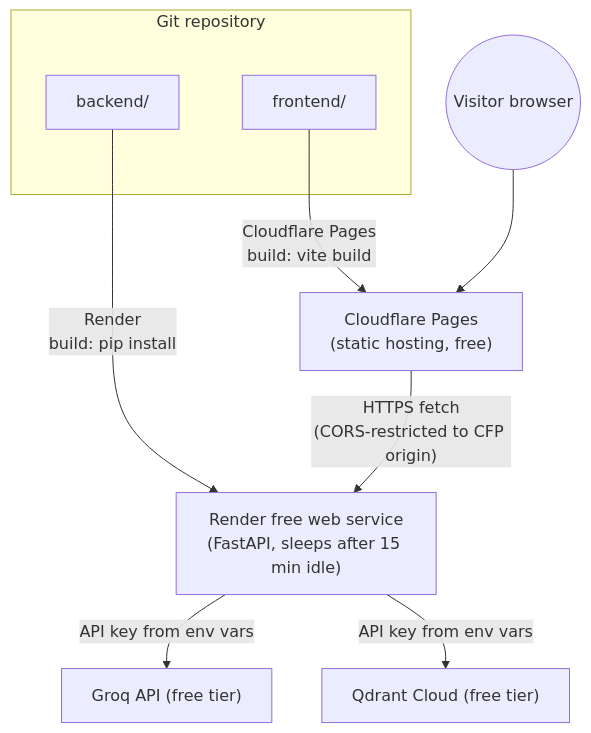
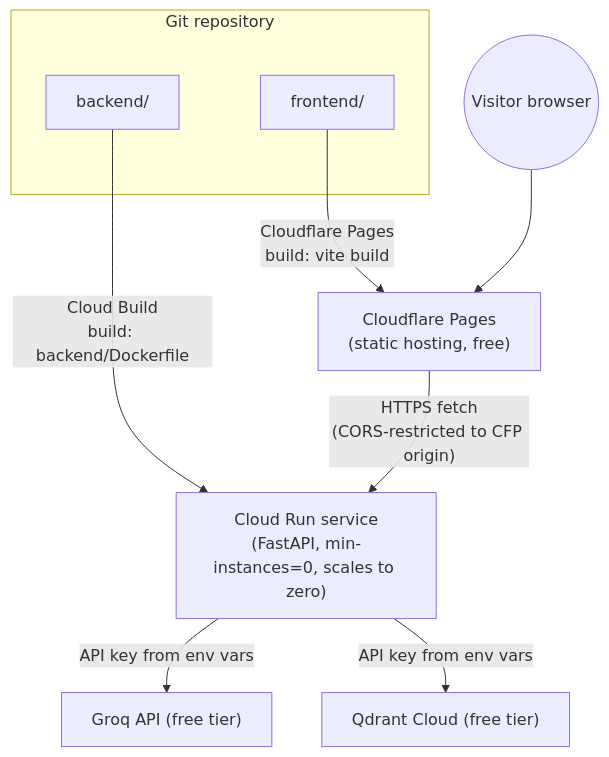
Before and after one commit to ameyg23/RAG_Project: the fourth of 4 diagrams in ARCHITECTURE.md, drawn with Mermaid. The commit also changed other lines of this file and 5 other files, not shown here.

First line of the commit message:
Add Cloud Run deployment (ADR-19) — Render's free tier can't fit this workload

````diff
--- a/ARCHITECTURE.md
+++ b/ARCHITECTURE.md
@@ -211,16 +211,16 @@
 ```mermaid
 flowchart TB
     subgraph GH["Git repository"]
         FE_SRC["frontend/"]
         BE_SRC["backend/"]
     end
 
     FE_SRC -- "Cloudflare Pages\nbuild: vite build" --> CFP["Cloudflare Pages\n(static hosting, free)"]
-    BE_SRC -- "Render\nbuild: pip install" --> RND["Render free web service\n(FastAPI, sleeps after 15 min idle)"]
+    BE_SRC -- "Cloud Build\nbuild: backend/Dockerfile" --> RUN["Cloud Run service\n(FastAPI, min-instances=0, scales to zero)"]
 
-    CFP -- "HTTPS fetch\n(CORS-restricted to CFP origin)" --> RND
-    RND -- "API key from env vars" --> GROQ["Groq API (free tier)"]
-    RND -- "API key from env vars" --> QDR["Qdrant Cloud (free tier)"]
+    CFP -- "HTTPS fetch\n(CORS-restricted to CFP origin)" --> RUN
+    RUN -- "API key from env vars" --> GROQ["Groq API (free tier)"]
+    RUN -- "API key from env vars" --> QDR["Qdrant Cloud (free tier)"]
 
     Visitor(("Visitor browser")) --> CFP
 ```
````
